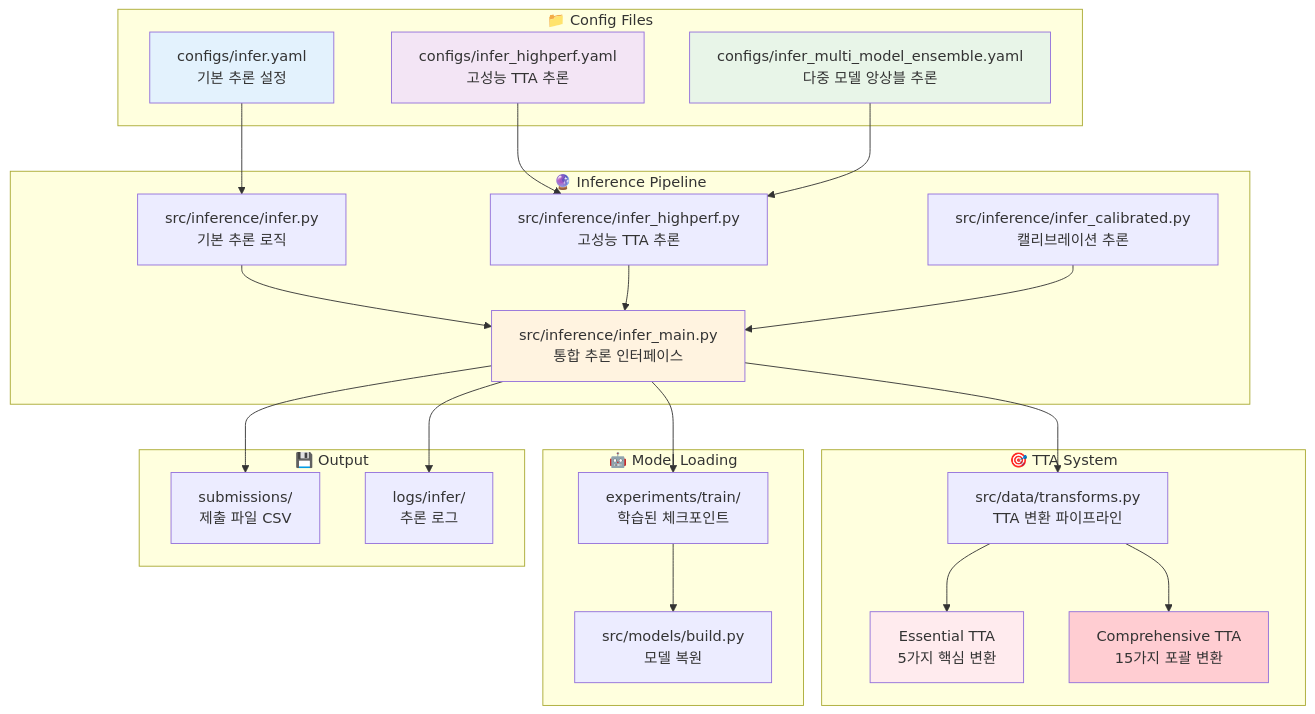
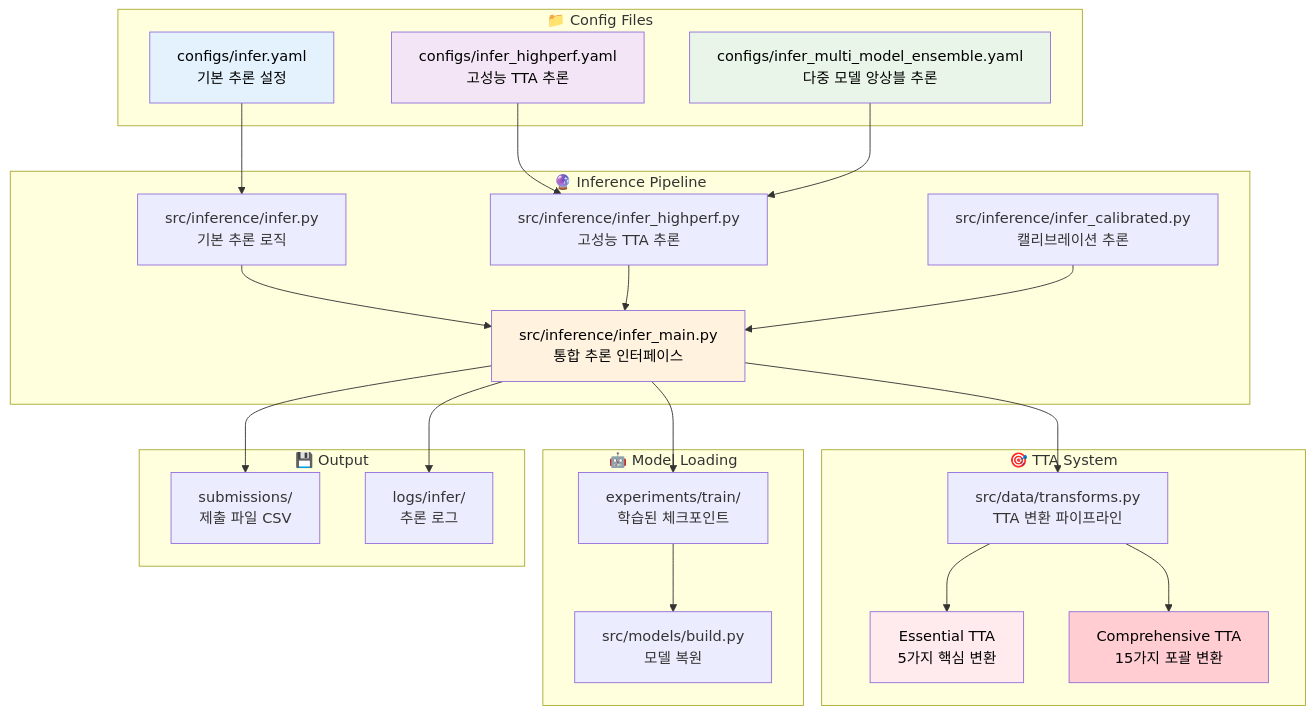
Before and after one commit to nimnusmik/CV_documents_classification_competition: the first of 3 diagrams in docs/configs_폴더_설정 파일_생성/추론_설정_파일_생성_가이드.md, drawn with Mermaid. The commit also changed other lines of this file and 11 other files, not shown here.

Commit message:
docs: mermaid 글자 색상 명확한 검정색으로 수정

````diff
--- a/docs/configs_폴더_설정 파일_생성/추론_설정_파일_생성_가이드.md
+++ b/docs/configs_폴더_설정 파일_생성/추론_설정_파일_생성_가이드.md
@@ -17,55 +17,55 @@
 ```mermaid
 graph TB
     subgraph "📁 Config Files"
         A[configs/infer.yaml<br/>기본 추론 설정]
         B[configs/infer_highperf.yaml<br/>고성능 TTA 추론]
         C[configs/infer_multi_model_ensemble.yaml<br/>다중 모델 앙상블 추론]
     end
     
     subgraph "🔮 Inference Pipeline"  
         D[src/inference/infer.py<br/>기본 추론 로직]
         E[src/inference/infer_highperf.py<br/>고성능 TTA 추론]
         F[src/inference/infer_calibrated.py<br/>캘리브레이션 추론]
         G[src/inference/infer_main.py<br/>통합 추론 인터페이스]
     end
     
     subgraph "🎯 TTA System"
         H[src/data/transforms.py<br/>TTA 변환 파이프라인]
         I[Essential TTA<br/>5가지 핵심 변환]
         J[Comprehensive TTA<br/>15가지 포괄 변환]
     end
     
     subgraph "🤖 Model Loading"
         K[experiments/train/<br/>학습된 체크포인트]
         L[src/models/build.py<br/>모델 복원]
     end
     
     subgraph "💾 Output"
         M[submissions/<br/>제출 파일 CSV]
         N[logs/infer/<br/>추론 로그]
     end
     
     A --> D
     B --> E  
     C --> E
     D --> G
     E --> G
     F --> G
     
     G --> H
     H --> I
     H --> J
     
     G --> K
     K --> L
     
     G --> M
     G --> N
     
-    style A fill:#e3f2fd
-    style B fill:#f3e5f5
-    style C fill:#e8f5e8  
-    style G fill:#fff3e0
-    style I fill:#ffebee
-    style J fill:#ffcdd2
+    style A fill:#e3f2fd, color:#000000
+    style B fill:#f3e5f5, color:#000000
+    style C fill:#e8f5e8, color:#000000  
+    style G fill:#fff3e0, color:#000000
+    style I fill:#ffebee, color:#000000
+    style J fill:#ffcdd2, color:#000000
 ```
````
